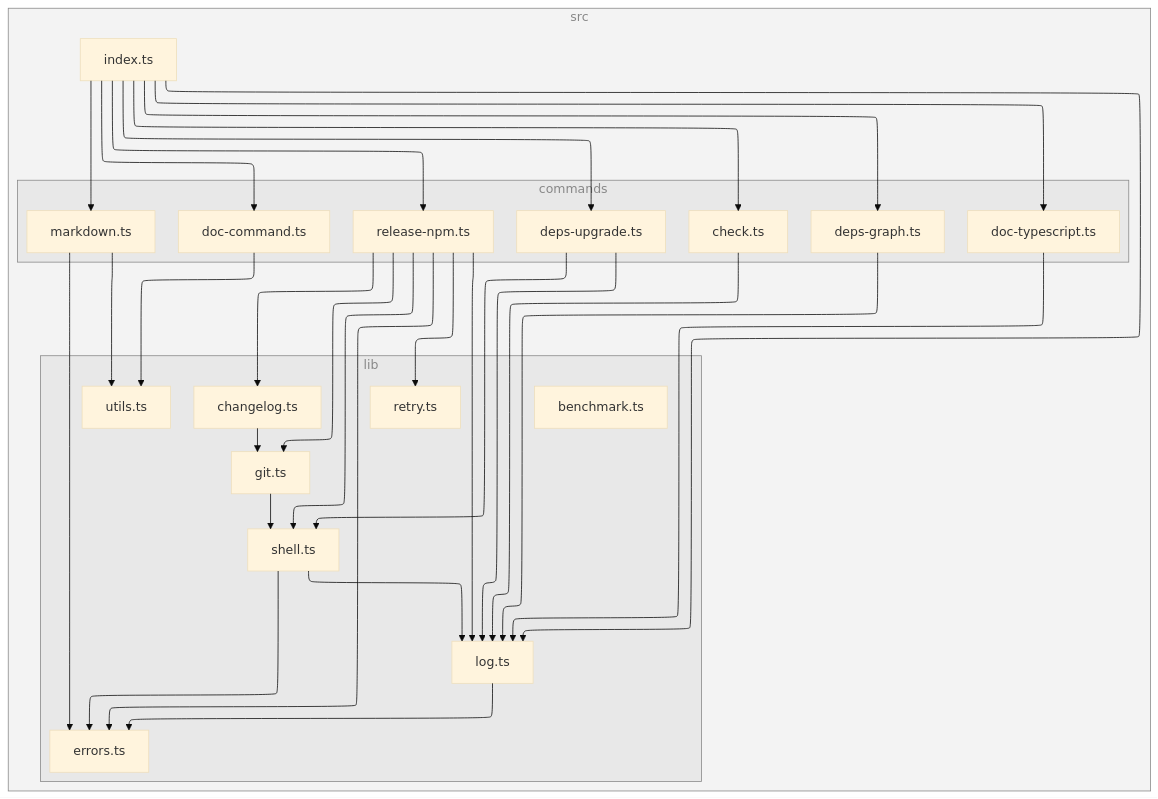
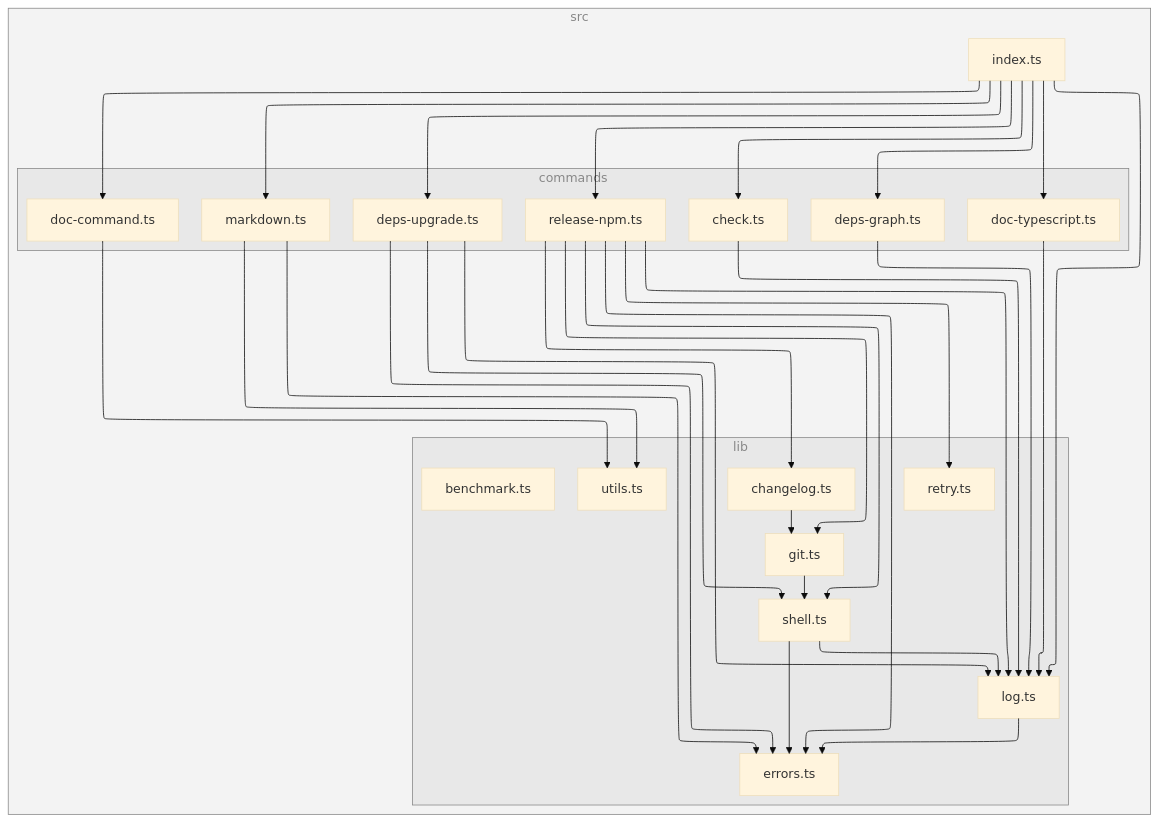
Before and after one commit to versatiles-org/node-release-tool: the diagram in README.md, drawn with Mermaid (base theme). The commit also changed other lines of this file and 6 other files, not shown here.

````diff
--- a/README.md
+++ b/README.md
@@ -215,60 +247,61 @@
 ```mermaid
 ---
 config:
   layout: elk
 ---
 flowchart TB
 
 subgraph 0["src"]
 subgraph 1["commands"]
 2["check.ts"]
 6["deps-graph.ts"]
 7["deps-upgrade.ts"]
 9["doc-command.ts"]
 B["doc-typescript.ts"]
 C["markdown.ts"]
 D["release-npm.ts"]
 end
 subgraph 3["lib"]
 4["log.ts"]
 5["errors.ts"]
 8["shell.ts"]
 A["utils.ts"]
 E["changelog.ts"]
 F["git.ts"]
 G["retry.ts"]
 I["benchmark.ts"]
 end
 H["index.ts"]
 end
 2-->4
 4-->5
 6-->4
+7-->5
 7-->4
 7-->8
 8-->5
 8-->4
 9-->A
 B-->4
 C-->5
 C-->A
 D-->E
 D-->5
 D-->F
 D-->4
 D-->G
 D-->8
 E-->F
 F-->8
 H-->2
 H-->6
 H-->7
 H-->9
 H-->B
 H-->C
 H-->D
 H-->4
 
 class 0,1,3 subgraphs;
 classDef subgraphs fill-opacity:0.1, fill:#888, color:#888, stroke:#888;
 ```
````
